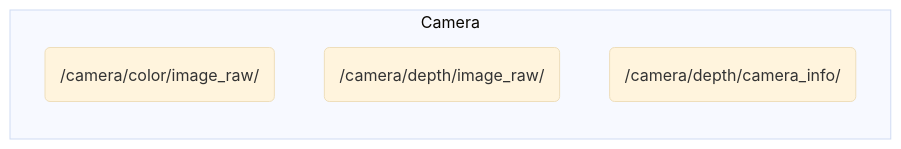
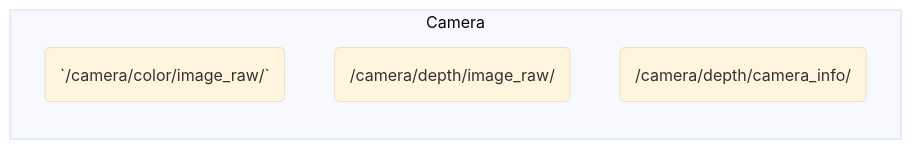
One commit to iHaruruki/mediapipe_ros2 changed the diagram in README.md. Above: the diagram before and after it, drawn with Mermaid (base theme).

````diff
--- a/README.md
+++ b/README.md
@@ -6,9 +6,9 @@
 ```mermaid
 flowchart LR
   %% Camera
   subgraph Camera
-    CIMG(/camera/color/image_raw/)
+    CIMG(`/camera/color/image_raw/`)
     GIMG(/camera/depth/image_raw/)
     GINFO(/camera/depth/camera_info/)
   end
 ```
````
